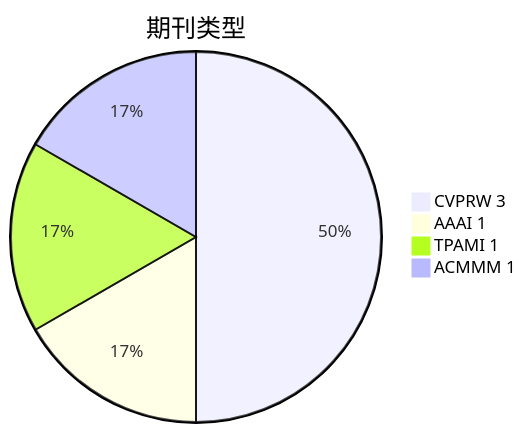
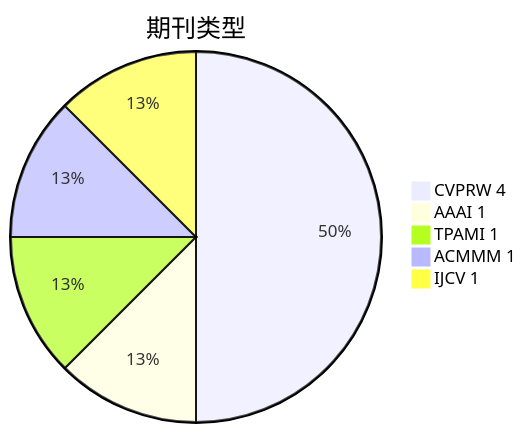
The second of 4 diagrams in CV/Lightweight/analyse.md (Elephant-King9/Paper), drawn with Mermaid before and after one commit. The commit also changed other lines of this file and 10 other files, not shown here.

````diff
--- a/CV/Lightweight/analyse.md
+++ b/CV/Lightweight/analyse.md
@@ -26,7 +30,8 @@
 ```mermaid
 pie title 期刊类型
-    "CVPRW 3": 3
+    "CVPRW 4": 4
     "AAAI 1" : 1
     "TPAMI 1" : 1
     "ACMMM 1" : 1
+    "IJCV 1" : 1
 ```
````
